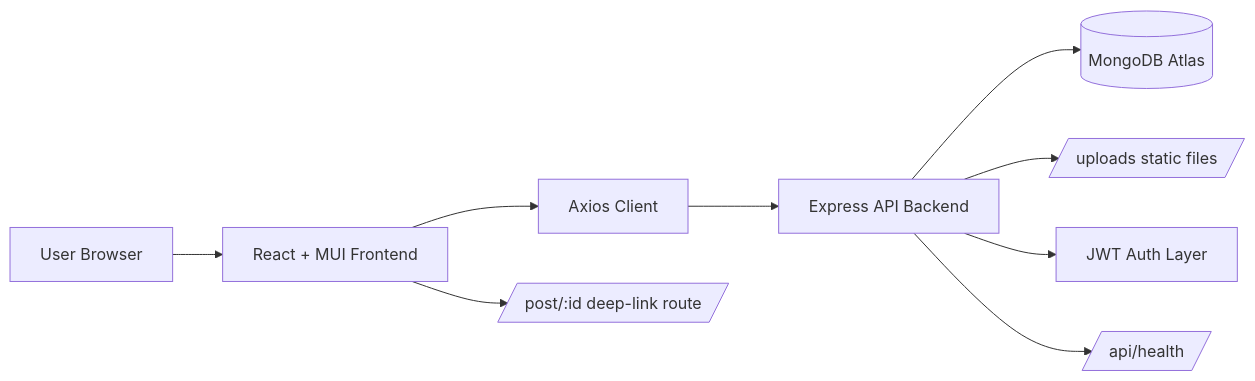
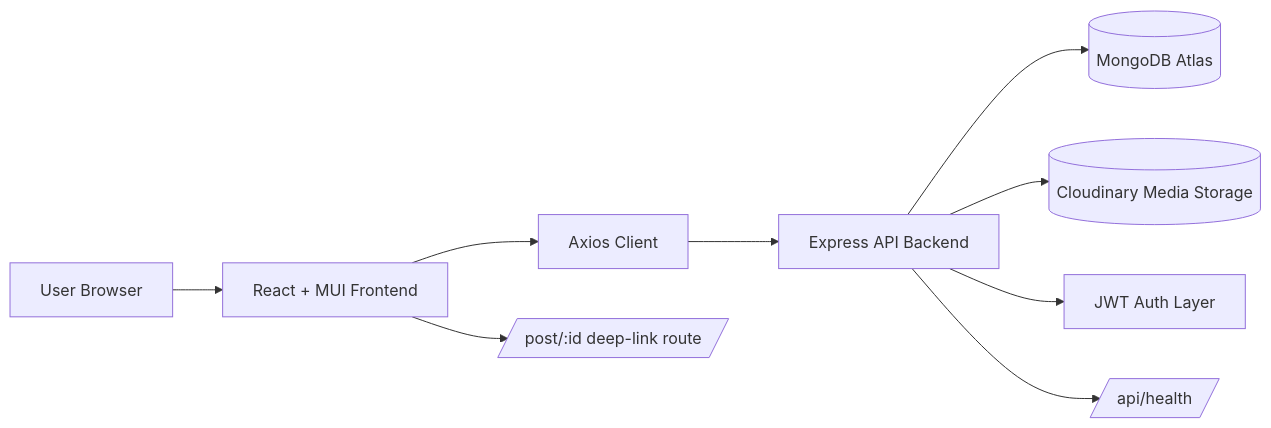
Before and after one commit to Arbab-ofc/Mini-Social-Post-Application: the first of 2 diagrams in README.md, drawn with Mermaid. The commit also changed other lines of this file and 6 other files, not shown here.

Commit message:
feat: migrate image uploads to Cloudinary storage

````diff
--- a/README.md
+++ b/README.md
@@ -105,11 +128,11 @@
 ```mermaid
 graph LR
   U[User Browser] --> F[React + MUI Frontend]
   F --> A[Axios Client]
   A --> B[Express API Backend]
   B --> M[(MongoDB Atlas)]
-  B --> S[/uploads static files/]
+  B --> C[(Cloudinary Media Storage)]
   B --> J[JWT Auth Layer]
   B --> H[/api/health/]
   F --> D[/post/:id deep-link route/]
 ```
````
